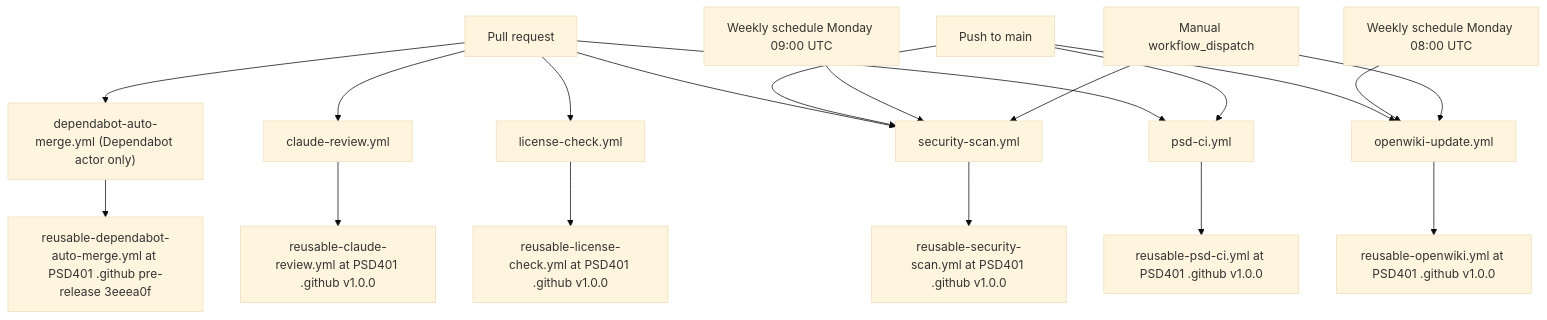
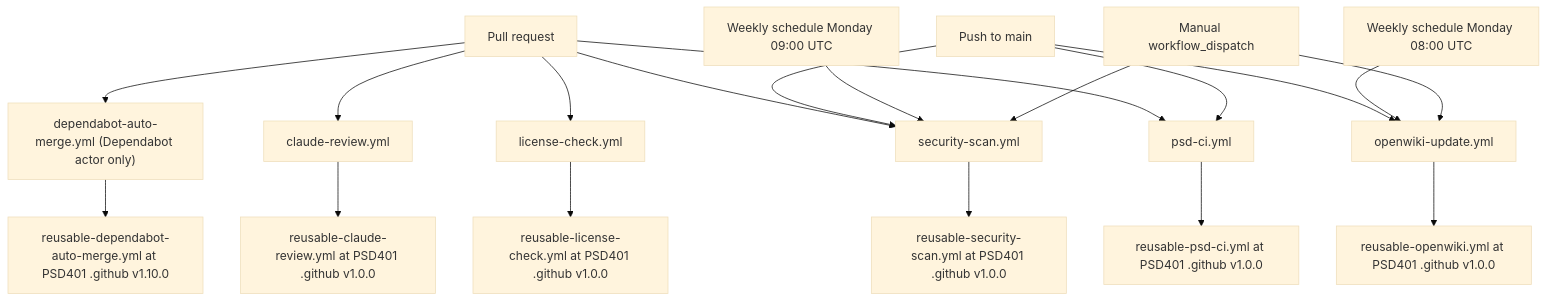
One commit to psd401/psd-standards-canary changed the diagram in openwiki/delivery/ci-workflows.md. Above: the diagram before and after it, drawn with Mermaid (base theme). The commit also changed other lines of this file and 5 other files, not shown here.

````diff
--- a/openwiki/delivery/ci-workflows.md
+++ b/openwiki/delivery/ci-workflows.md
@@ -21,21 +21,21 @@
 ```mermaid
 flowchart TD
   PR["Pull request"] --> LC["license-check.yml"]
   PR --> CI["psd-ci.yml"]
   PR --> SS["security-scan.yml"]
   PR --> CR["claude-review.yml"]
   PR --> DAM["dependabot-auto-merge.yml (Dependabot actor only)"]
   PUSH["Push to main"] --> CI
   PUSH --> OW["openwiki-update.yml"]
   PUSH --> SS
   CRON["Weekly schedule Monday 08:00 UTC"] --> OW
   SCAN["Weekly schedule Monday 09:00 UTC"] --> SS
   MANUAL["Manual workflow_dispatch"] --> OW
   MANUAL --> SS
   CI --> RCI["reusable-psd-ci.yml at PSD401 .github v1.0.0"]
   LC --> RLC["reusable-license-check.yml at PSD401 .github v1.0.0"]
   OW --> ROW["reusable-openwiki.yml at PSD401 .github v1.0.0"]
   SS --> RSS["reusable-security-scan.yml at PSD401 .github v1.0.0"]
   CR --> RCR["reusable-claude-review.yml at PSD401 .github v1.0.0"]
-  DAM --> RDAM["reusable-dependabot-auto-merge.yml at PSD401 .github pre-release 3eeea0f"]
+  DAM --> RDAM["reusable-dependabot-auto-merge.yml at PSD401 .github v1.10.0"]
 ```
````
